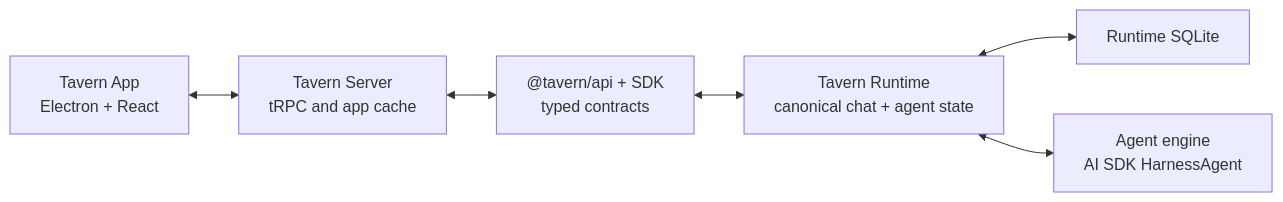
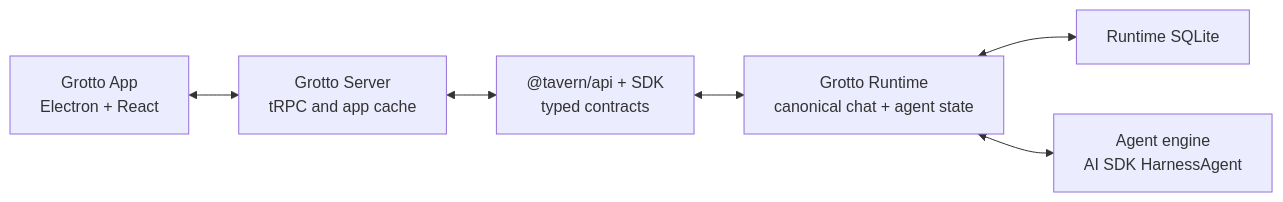
Before and after one commit to zknicker/grotto: the diagram in docs/internals/architecture-overview.md, drawn with Mermaid. The commit also changed other lines of this file and 90 other files, not shown here.

Commit message:
docs: align Grotto agent guidance

````diff
--- a/docs/internals/architecture-overview.md
+++ b/docs/internals/architecture-overview.md
@@ -13,15 +13,15 @@
 ```mermaid
 flowchart LR
-    app["Tavern App<br/>Electron + React"]
-    server["Tavern Server<br/>tRPC and app cache"]
+    app["Grotto App<br/>Electron + React"]
+    server["Grotto Server<br/>tRPC and app cache"]
     sdk["@tavern/api + SDK<br/>typed contracts"]
-    runtime["Tavern Runtime<br/>canonical chat + agent state"]
+    runtime["Grotto Runtime<br/>canonical chat + agent state"]
     db["Runtime SQLite"]
     engine["Agent engine<br/>AI SDK HarnessAgent"]
 
     app <--> server
     server <--> sdk
     sdk <--> runtime
     runtime <--> db
     runtime <--> engine
 ```
````
